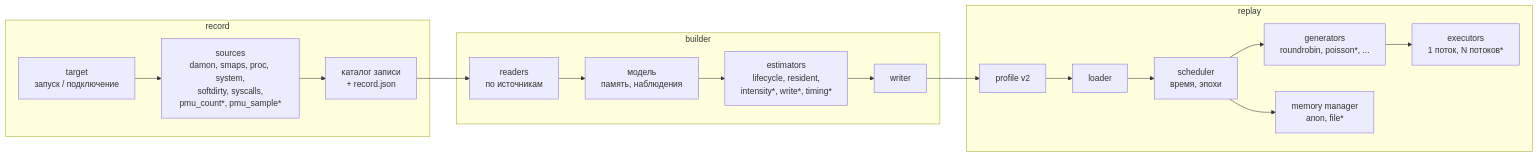
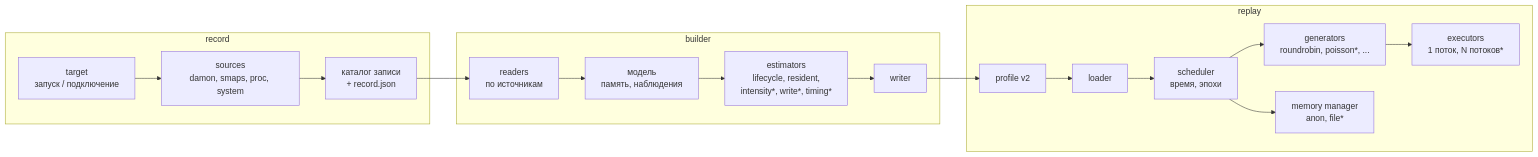
The diagram in docs/skeleton.md (DanLyss/qmem), drawn with Mermaid before and after one commit. The commit also changed other lines of this file and 31 other files, not shown here.

First line of the commit message:
record: drop the softdirty, syscalls and PMU sources

````diff
--- a/docs/skeleton.md
+++ b/docs/skeleton.md
@@ -25,20 +25,20 @@
 ```mermaid
 flowchart LR
     subgraph record
-        T["target<br/>запуск / подключение"] --> S["sources<br/>damon, smaps, proc, system,<br/>softdirty, syscalls,<br/>pmu_count*, pmu_sample*"]
+        T["target<br/>запуск / подключение"] --> S["sources<br/>damon, smaps, proc, system"]
         S --> RD["каталог записи<br/>+ record.json"]
     end
     subgraph builder
         RD --> RE["readers<br/>по источникам"]
         RE --> M["модель<br/>память, наблюдения"]
         M --> E["estimators<br/>lifecycle, resident,<br/>intensity*, write*, timing*"]
         E --> W["writer"]
     end
     W --> P["profile v2"]
     subgraph replay
         P --> L["loader"] --> SC["scheduler<br/>время, эпохи"]
         SC --> G["generators<br/>roundrobin, poisson*, ..."]
         G --> X["executors<br/>1 поток, N потоков*"]
         SC --> MM["memory manager<br/>anon, file*"]
     end
 ```
````
